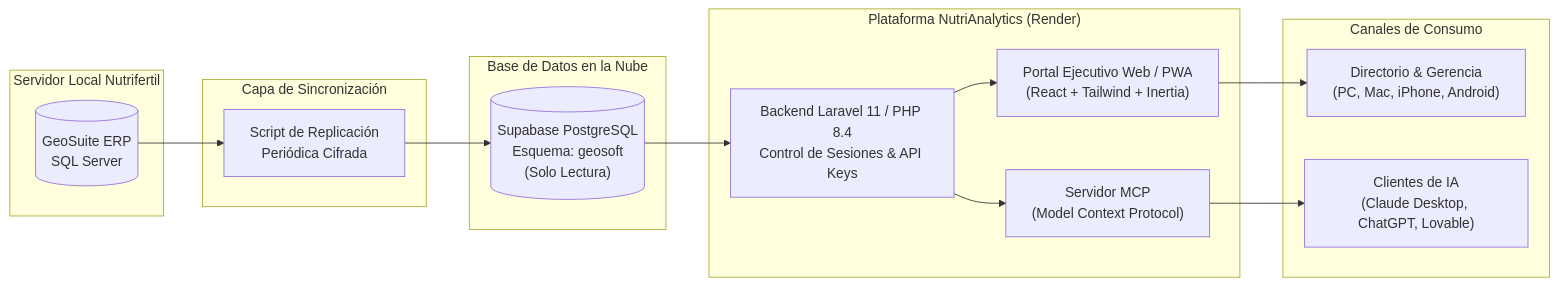
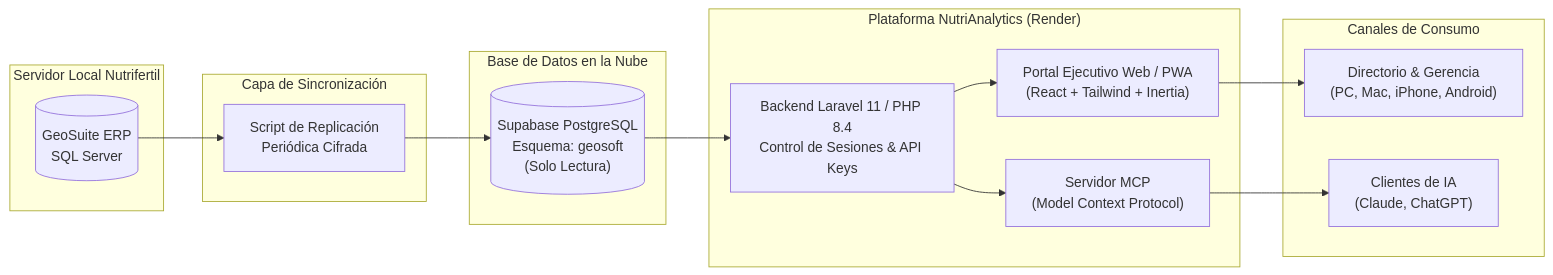
The diagram in docs/MANUAL_DE_ENTREGA_NUTRIFERTIL.md (Carranza32/NutriAnalytics), drawn with Mermaid before and after one commit. The commit also changed other lines of this file, not shown here.

Commit message:
docs: set version 1.0, streamline AI tools to Claude and ChatGPT via visual connector

````diff
--- a/docs/MANUAL_DE_ENTREGA_NUTRIFERTIL.md
+++ b/docs/MANUAL_DE_ENTREGA_NUTRIFERTIL.md
@@ -24,33 +24,33 @@
 ```mermaid
 flowchart LR
     subgraph Local["Servidor Local Nutrifertil"]
         ERP[("GeoSuite ERP\nSQL Server")]
     end
 
     subgraph CloudSync["Capa de Sincronización"]
         SyncScript["Script de Replicación\nPeriódica Cifrada"]
     end
 
     subgraph Supabase["Base de Datos en la Nube"]
         DBCloud[("Supabase PostgreSQL\nEsquema: geosoft\n(Solo Lectura)")]
     end
 
     subgraph NutriApp["Plataforma NutriAnalytics (Render)"]
         Backend["Backend Laravel 11 / PHP 8.4\nControl de Sesiones & API Keys"]
         WebPortal["Portal Ejecutivo Web / PWA\n(React + Tailwind + Inertia)"]
         MCPServer["Servidor MCP\n(Model Context Protocol)"]
     end
 
     subgraph Clients["Canales de Consumo"]
         Directores["Directorio & Gerencia\n(PC, Mac, iPhone, Android)"]
-        AI["Clientes de IA\n(Claude Desktop, ChatGPT, Lovable)"]
+        AI["Clientes de IA\n(Claude, ChatGPT)"]
     end
 
     ERP --> SyncScript
     SyncScript --> DBCloud
     DBCloud --> Backend
     Backend --> WebPortal
     Backend --> MCPServer
     WebPortal --> Directores
     MCPServer --> AI
 ```
````
